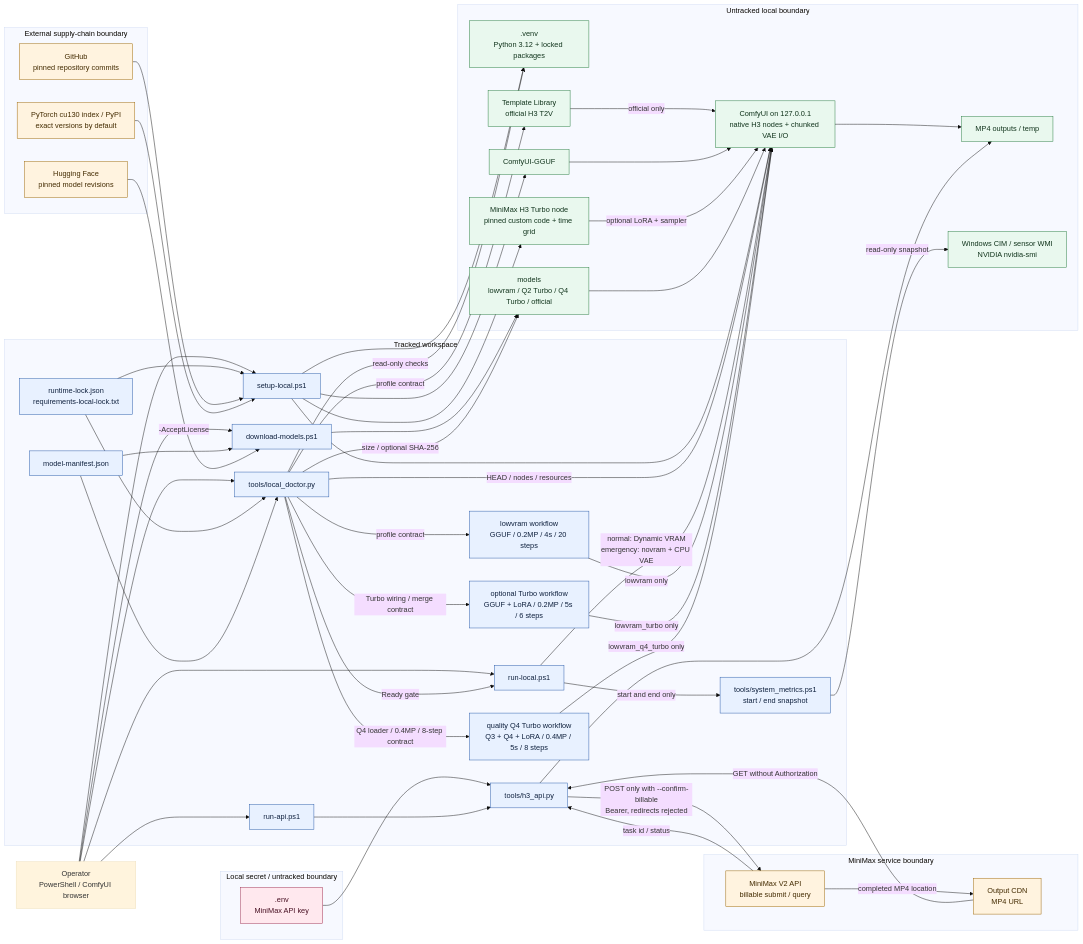
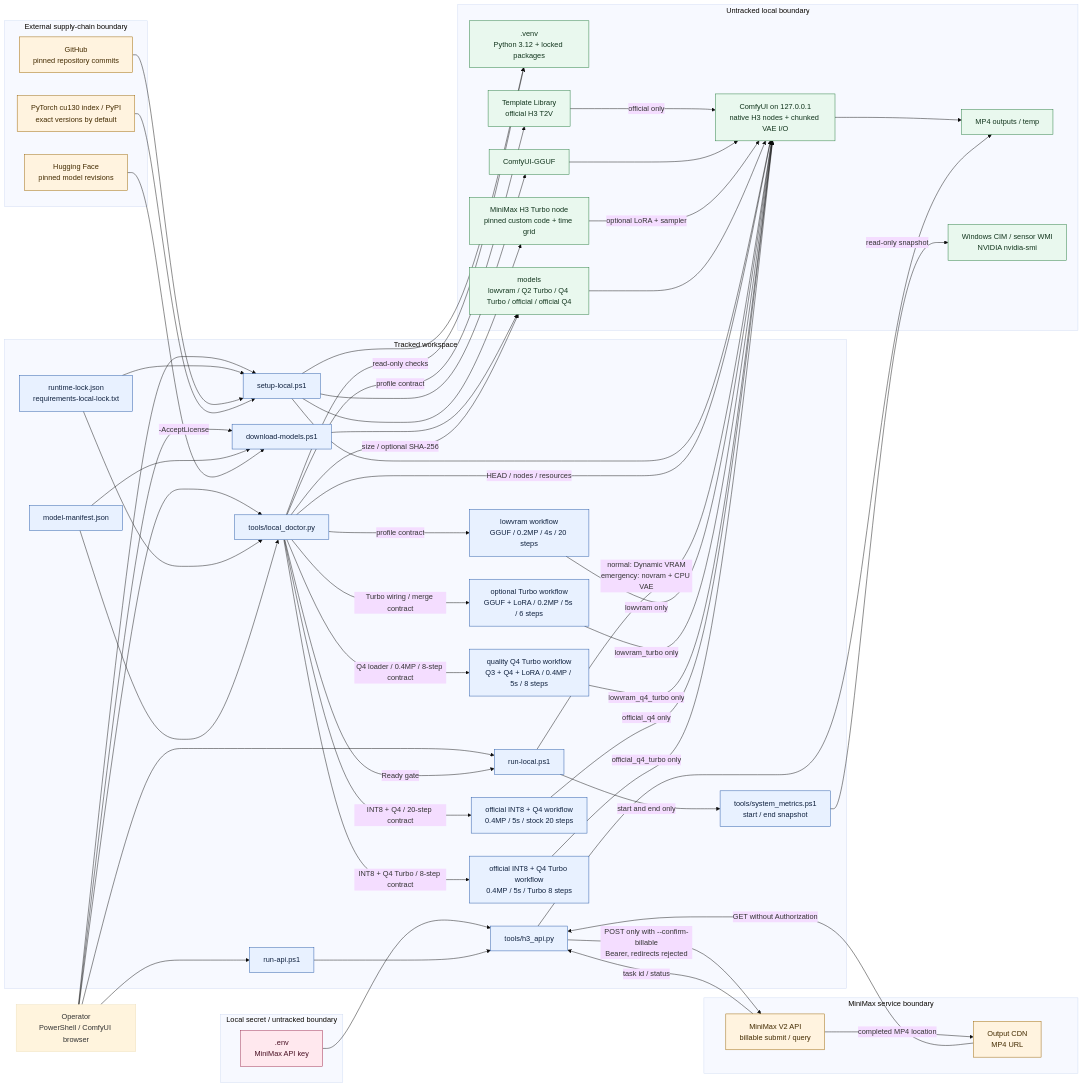
One commit to benriworks/MiniMax-H3 changed the diagram in ARCHITECTURE_DIAGRAM.md. Above: the diagram before and after it, drawn with Mermaid (base theme). The commit also changed 13 other files, not shown here.

```diff
--- a/ARCHITECTURE_DIAGRAM.md
+++ b/ARCHITECTURE_DIAGRAM.md
@@ -17,6 +17,8 @@
         LowWorkflow["lowvram workflow<br/>GGUF / 0.2MP / 4s / 20 steps"]
         TurboWorkflow["optional Turbo workflow<br/>GGUF + LoRA / 0.2MP / 5s / 6 steps"]
         Q4TurboWorkflow["quality Q4 Turbo workflow<br/>Q3 + Q4 + LoRA / 0.4MP / 5s / 8 steps"]
+        OfficialQ4Workflow["official INT8 + Q4 workflow<br/>0.4MP / 5s / stock 20 steps"]
+        OfficialQ4TurboWorkflow["official INT8 + Q4 Turbo workflow<br/>0.4MP / 5s / Turbo 8 steps"]
         ApiWrapper["run-api.ps1"]
         ApiCli["tools/h3_api.py"]
     end
@@ -30,7 +32,7 @@
         Comfy["ComfyUI on 127.0.0.1<br/>native H3 nodes + chunked VAE I/O"]
         GgufNode["ComfyUI-GGUF"]
         TurboNode["MiniMax H3 Turbo node<br/>pinned custom code + time grid"]
-        Models["models<br/>lowvram / Q2 Turbo / Q4 Turbo / official"]
+        Models["models<br/>lowvram / Q2 Turbo / Q4 Turbo / official / official Q4"]
         OfficialWorkflow["Template Library<br/>official H3 T2V"]
         Outputs["MP4 outputs / temp"]
         HardwareMetrics["Windows CIM / sensor WMI<br/>NVIDIA nvidia-smi"]
@@ -70,6 +72,8 @@
     Doctor -->|"profile contract"| LowWorkflow
     Doctor -->|"Turbo wiring / merge contract"| TurboWorkflow
     Doctor -->|"Q4 loader / 0.4MP / 8-step contract"| Q4TurboWorkflow
+    Doctor -->|"INT8 + Q4 / 20-step contract"| OfficialQ4Workflow
+    Doctor -->|"INT8 + Q4 Turbo / 8-step contract"| OfficialQ4TurboWorkflow
     Doctor -->|"profile contract"| OfficialWorkflow
 
     Operator --> Launcher
@@ -81,6 +85,8 @@
     TurboWorkflow -->|"lowvram_turbo only"| Comfy
     Q4TurboWorkflow -->|"lowvram_q4_turbo only"| Comfy
     OfficialWorkflow -->|"official only"| Comfy
+    OfficialQ4Workflow -->|"official_q4 only"| Comfy
+    OfficialQ4TurboWorkflow -->|"official_q4_turbo only"| Comfy
     GgufNode --> Comfy
     TurboNode -->|"optional LoRA + sampler"| Comfy
     Models --> Comfy
@@ -100,7 +106,7 @@
     classDef external fill:#fff3df,stroke:#9a6300,color:#432b00;
     classDef secret fill:#ffe8ee,stroke:#9c284b,color:#481023;
 
-    class Setup,RuntimeLock,Downloader,ModelManifest,Doctor,Launcher,Metrics,LowWorkflow,TurboWorkflow,Q4TurboWorkflow,ApiWrapper,ApiCli tracked;
+    class Setup,RuntimeLock,Downloader,ModelManifest,Doctor,Launcher,Metrics,LowWorkflow,TurboWorkflow,Q4TurboWorkflow,OfficialQ4Workflow,OfficialQ4TurboWorkflow,ApiWrapper,ApiCli tracked;
     class Venv,Comfy,GgufNode,TurboNode,Models,OfficialWorkflow,Outputs,HardwareMetrics local;
     class GitHub,PackageIndexes,HuggingFace,MiniMaxApi,OutputCdn external;
     class Env secret;
```
